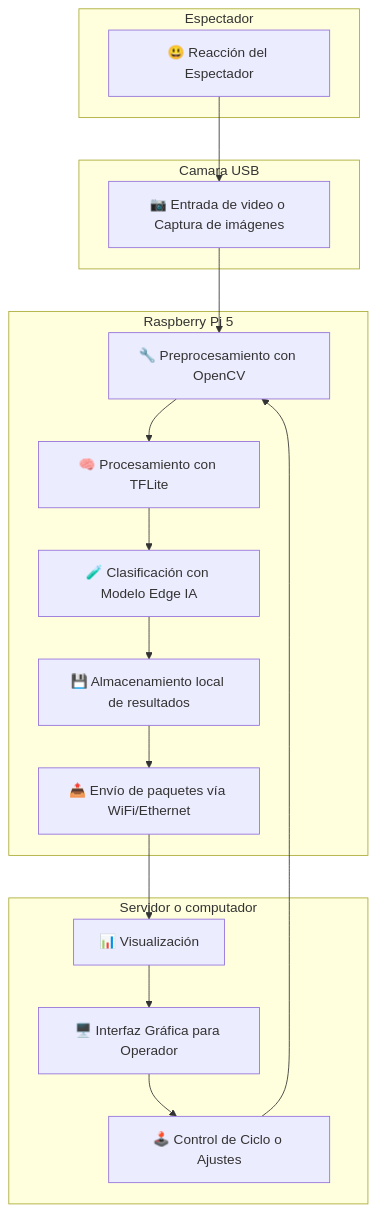
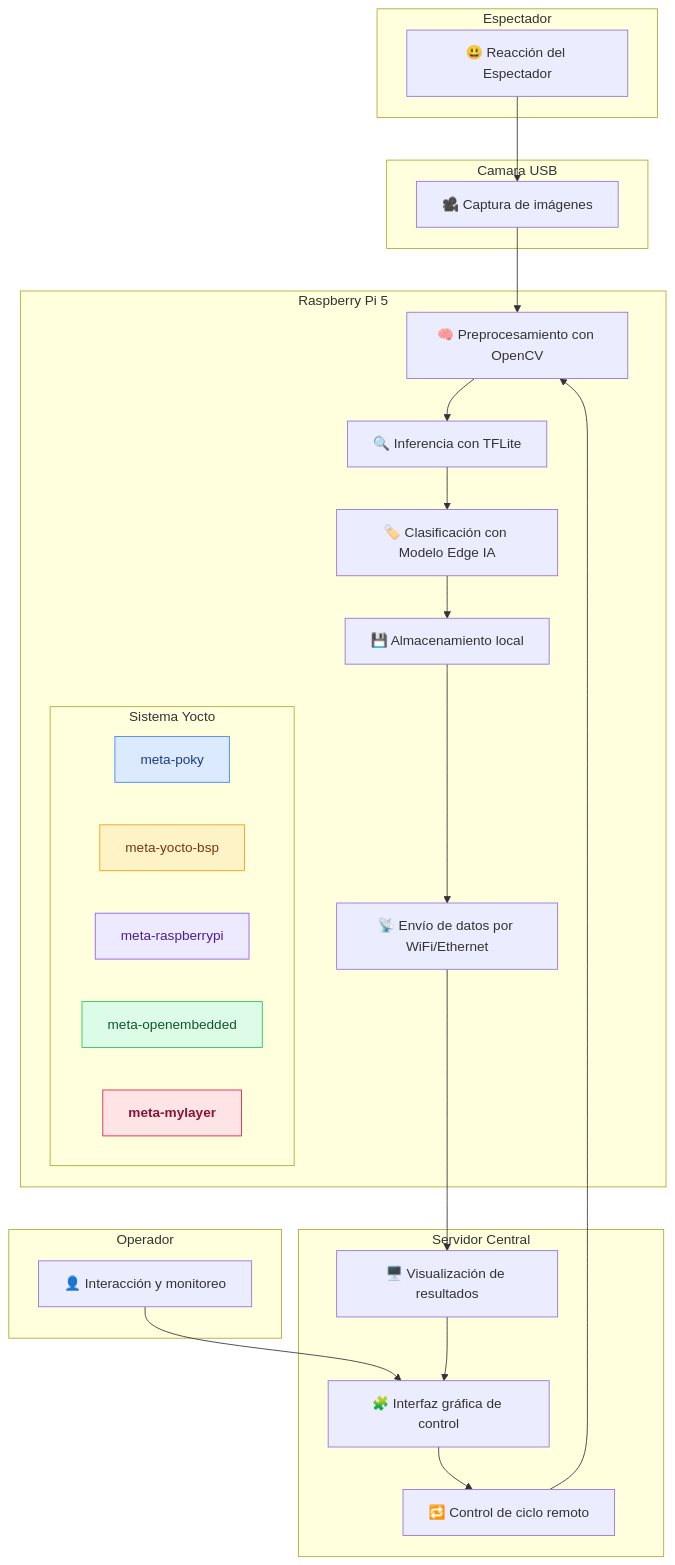
The diagram in docs/integracion.md (lestorres/Reconocimiento_clasificacion_de_expresiones), drawn with Mermaid before and after one commit.

````diff
--- a/docs/integracion.md
+++ b/docs/integracion.md
@@ -5,37 +5,58 @@
 ```mermaid
 flowchart TB
-
     subgraph Espectador
-        Z[😃 Reacción del Espectador]
+        P[😃 Reacción del Espectador]
     end
 
     subgraph Camara USB
-        A[📷 Entrada de video o Captura de imágenes]
+        A[🎥 Captura de imágenes]
     end
 
     subgraph Raspberry Pi 5
-        B[🔧 Preprocesamiento con OpenCV]
-        C[🧠 Procesamiento con TFLite]
-        D[🧪 Clasificación con Modelo Edge IA]
-        E[💾 Almacenamiento local de resultados]
-        F[📤 Envío de paquetes vía WiFi/Ethernet]
+        B[🧠 Preprocesamiento con OpenCV]
+        C[🔍 Inferencia con TFLite]
+        D[🏷️ Clasificación con Modelo Edge IA]
+        E[💾 Almacenamiento local]
+        F[📡 Envío de datos por WiFi/Ethernet]
+
+        subgraph Sistema Yocto
+            Y1[meta-poky]
+            Y2[meta-yocto-bsp]
+            Y3[meta-raspberrypi]
+            Y4[meta-openembedded]
+            Y5[meta-mylayer]
+        end
     end
 
-    subgraph Servidor o computador 
-        G[📊 Visualización]
-        H[🖥️ Interfaz Gráfica para Operador]
-        I[🕹️ Control de Ciclo o Ajustes]
+    subgraph Servidor Central
+        G[🖥️ Visualización de resultados]
+        H[🧩 Interfaz gráfica de control]
+        I[🔁 Control de ciclo remoto]
     end
 
-    Z --> A
+    subgraph Operador
+        O[👤 Interacción y monitoreo]
+    end
+
     A --> B
     B --> C
     C --> D
     D --> E
     E --> F
     F --> G
     G --> H
     H --> I
     I --> B
+    O --> H
+    P --> A
+
+    %% Colores suaves y distintos para cada capa
+    style Y1 fill:#dbeafe,stroke:#3b82f6,color:#1e3a8a
+    style Y2 fill:#fef3c7,stroke:#f59e0b,color:#78350f
+    style Y3 fill:#ede9fe,stroke:#8b5cf6,color:#4c1d95
+    style Y4 fill:#dcfce7,stroke:#22c55e,color:#14532d
+    style Y5 fill:#ffe4e6,stroke:#e11d48,color:#881337,font-weight:bold
+
+
 
 ```
````
